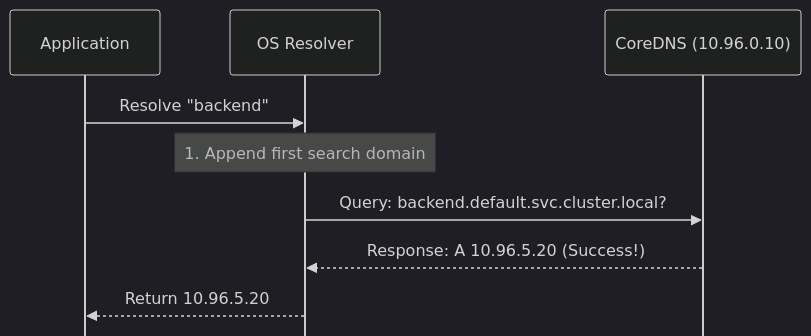
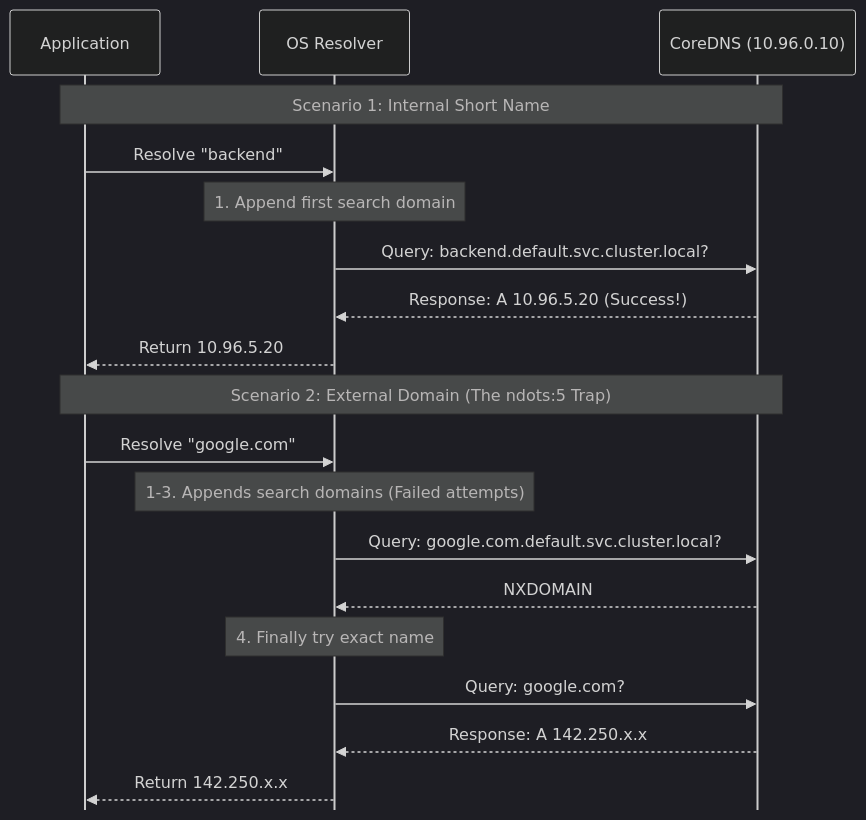
One commit to SRodi/srodi.github.io changed the second of 6 diagrams in _posts/2025-10-11-kubernetes-networking-series-part-4.md. Above: the diagram before and after it, drawn with Mermaid (dark theme). The commit also changed other lines of this file and 3 other files, not shown here.

````diff
--- a/_posts/2025-10-11-kubernetes-networking-series-part-4.md
+++ b/_posts/2025-10-11-kubernetes-networking-series-part-4.md
@@ -93,15 +93,24 @@
 ```mermaid
 %%{init: {'sequence': {'mirrorActors': false}}}%%
 sequenceDiagram
     participant App as Application
     participant OS as OS Resolver
     participant DNS as CoreDNS (10.96.0.10)
 
+    Note over App, DNS: Scenario 1: Internal Short Name
     App->>OS: Resolve "backend"
-    
     Note over OS: 1. Append first search domain
     OS->>DNS: Query: backend.default.svc.cluster.local?
     DNS-->>OS: Response: A 10.96.5.20 (Success!)
-    
     OS-->>App: Return 10.96.5.20
+
+    Note over App, DNS: Scenario 2: External Domain (The ndots:5 Trap)
+    App->>OS: Resolve "google.com"
+    Note over OS: 1-3. Appends search domains (Failed attempts)
+    OS->>DNS: Query: google.com.default.svc.cluster.local?
+    DNS-->>OS: NXDOMAIN
+    Note over OS: 4. Finally try exact name
+    OS->>DNS: Query: google.com?
+    DNS-->>OS: Response: A 142.250.x.x
+    OS-->>App: Return 142.250.x.x
 ```
````
